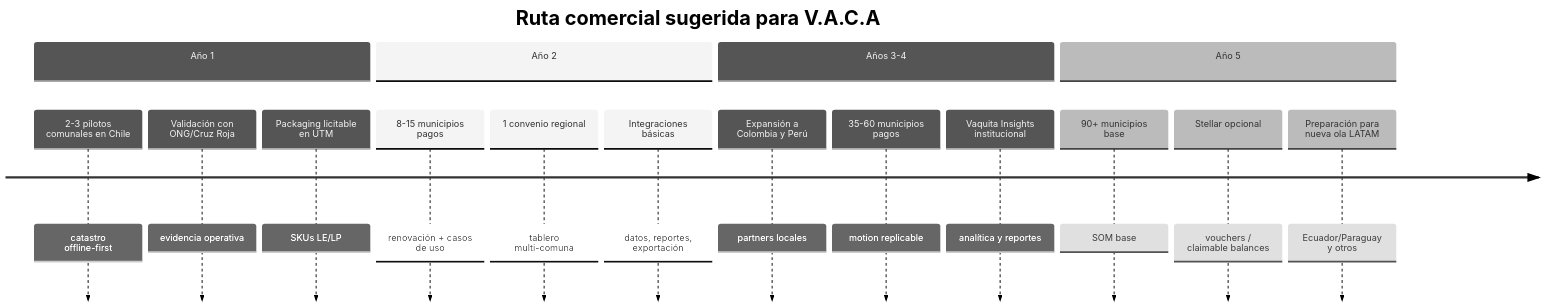
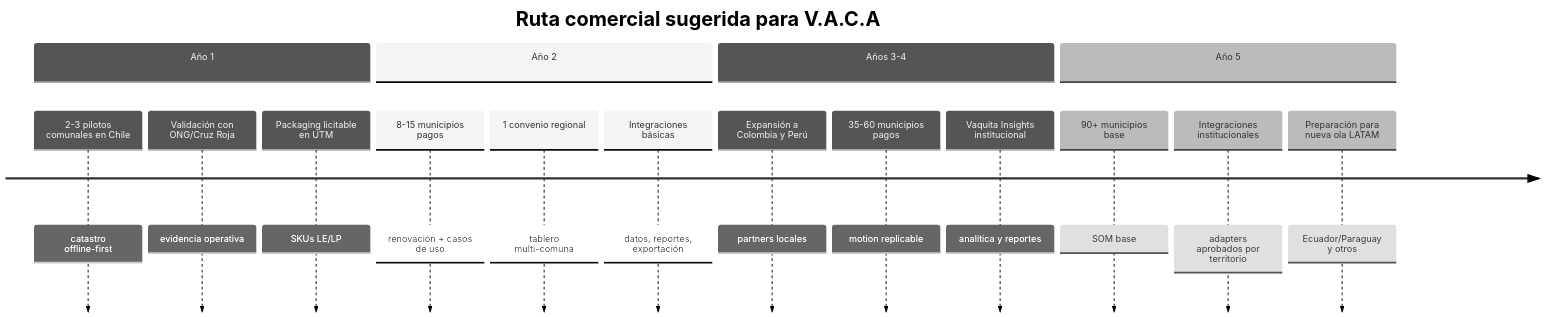
One commit to DNO8/VACA changed the diagram in VACA - documentación/TAM SAM SOM V.A.C.A Chile - LATAM.md. Above: the diagram before and after it, drawn with Mermaid (neutral theme). The commit also changed other lines of this file and 43 other files, not shown here.

````diff
--- a/VACA - documentación/TAM SAM SOM V.A.C.A Chile - LATAM.md
+++ b/VACA - documentación/TAM SAM SOM V.A.C.A Chile - LATAM.md
@@ -170,20 +170,20 @@
 ```mermaid
 timeline
     title Ruta comercial sugerida para V.A.C.A
     section Año 1
       2-3 pilotos comunales en Chile : catastro offline-first
       Validación con ONG/Cruz Roja     : evidencia operativa
       Packaging licitable en UTM       : SKUs LE/LP
     section Año 2
       8-15 municipios pagos            : renovación + casos de uso
       1 convenio regional              : tablero multi-comuna
       Integraciones básicas            : datos, reportes, exportación
     section Años 3-4
       Expansión a Colombia y Perú      : partners locales
       35-60 municipios pagos           : motion replicable
       Vaquita Insights institucional   : analítica y reportes
     section Año 5
       90+ municipios base              : SOM base
-      Stellar opcional                 : vouchers / claimable balances
+      Integraciones institucionales    : adapters aprobados por territorio
       Preparación para nueva ola LATAM : Ecuador/Paraguay y otros
 ```
````
